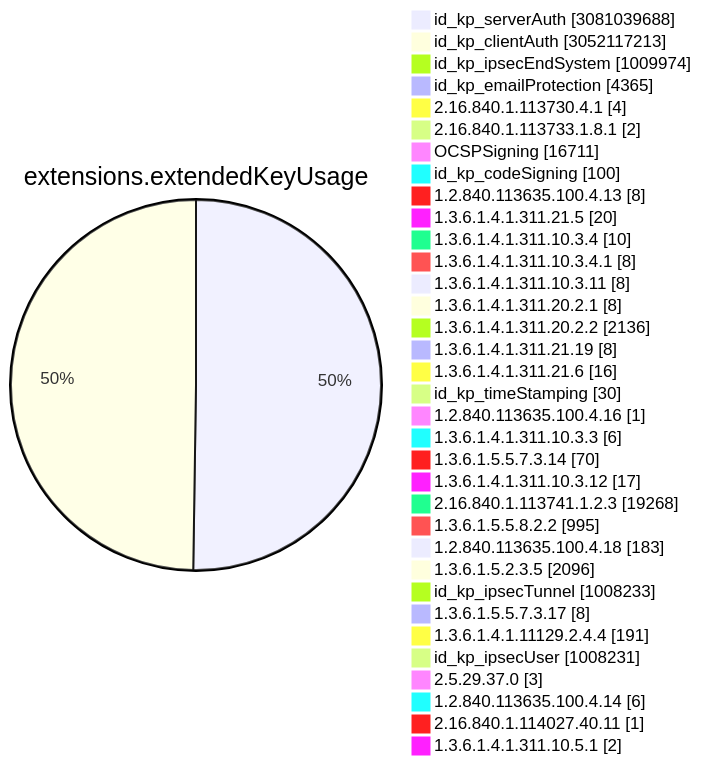
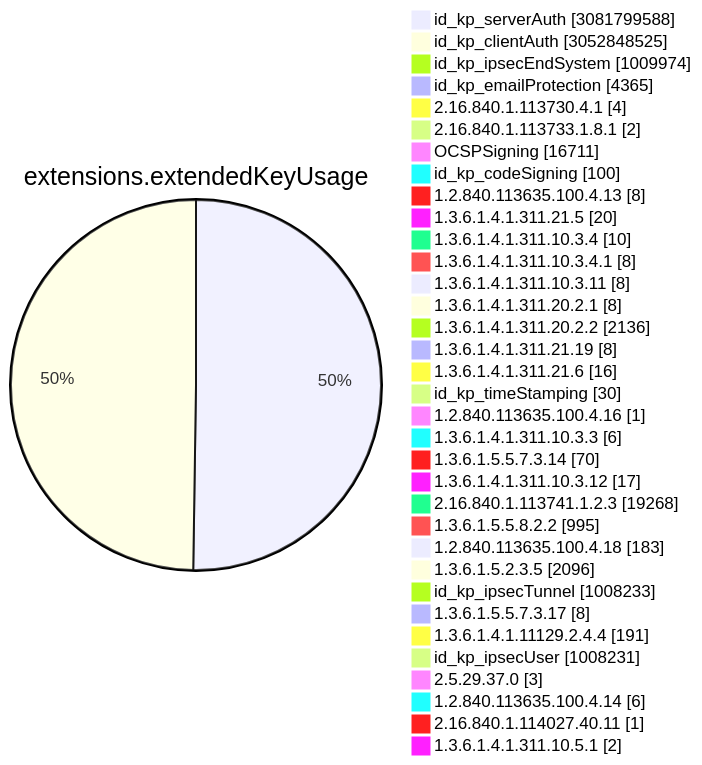
One commit to christiankrug/ctmonitor_visualization changed diagram 11 of 15 in TOTAL/README.md. Above: the diagram before and after it, drawn with Mermaid. The commit also changed other lines of this file, not shown here.

````diff
--- a/TOTAL/README.md
+++ b/TOTAL/README.md
@@ -4117,38 +4117,38 @@
 ```mermaid
 pie showData
 title extensions.extendedKeyUsage
-"id_kp_serverAuth" :3081039688
-"id_kp_clientAuth" :3052117213
+"id_kp_serverAuth" :3081799588
+"id_kp_clientAuth" :3052848525
 "id_kp_ipsecEndSystem" :1009974
 "id_kp_emailProtection" :4365
 "2.16.840.1.113730.4.1" :4
 "2.16.840.1.113733.1.8.1" :2
 "OCSPSigning" :16711
 "id_kp_codeSigning" :100
 "1.2.840.113635.100.4.13" :8
 "1.3.6.1.4.1.311.21.5" :20
 "1.3.6.1.4.1.311.10.3.4" :10
 "1.3.6.1.4.1.311.10.3.4.1" :8
 "1.3.6.1.4.1.311.10.3.11" :8
 "1.3.6.1.4.1.311.20.2.1" :8
 "1.3.6.1.4.1.311.20.2.2" :2136
 "1.3.6.1.4.1.311.21.19" :8
 "1.3.6.1.4.1.311.21.6" :16
 "id_kp_timeStamping" :30
 "1.2.840.113635.100.4.16" :1
 "1.3.6.1.4.1.311.10.3.3" :6
 "1.3.6.1.5.5.7.3.14" :70
 "1.3.6.1.4.1.311.10.3.12" :17
 "2.16.840.1.113741.1.2.3" :19268
 "1.3.6.1.5.5.8.2.2" :995
 "1.2.840.113635.100.4.18" :183
 "1.3.6.1.5.2.3.5" :2096
 "id_kp_ipsecTunnel" :1008233
 "1.3.6.1.5.5.7.3.17" :8
 "1.3.6.1.4.1.11129.2.4.4" :191
 "id_kp_ipsecUser" :1008231
 "2.5.29.37.0" :3
 "1.2.840.113635.100.4.14" :6
 "2.16.840.1.114027.40.11" :1
 "1.3.6.1.4.1.311.10.5.1" :2
 ```
````
